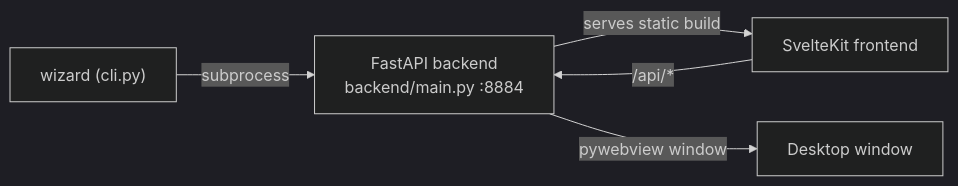
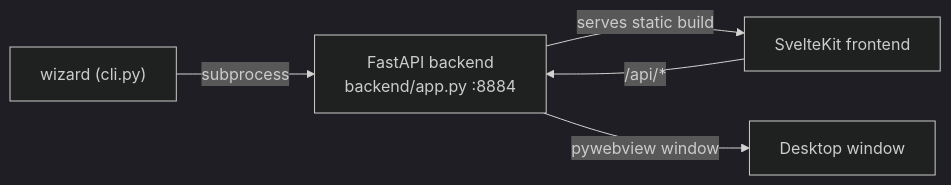
One commit to sansseriff/lab-wizard changed the diagram in docs/wizard/index.md. Above: the diagram before and after it, drawn with Mermaid (dark theme). The commit also changed other lines of this file and 20 other files, not shown here.

````diff
--- a/docs/wizard/index.md
+++ b/docs/wizard/index.md
@@ -14,7 +14,7 @@
 ```mermaid
 graph LR
-    CLI["wizard (cli.py)"] -->|subprocess| BE["FastAPI backend<br/>backend/main.py :8884"]
+    CLI["wizard (cli.py)"] -->|subprocess| BE["FastAPI backend<br/>backend/app.py :8884"]
     BE -->|serves static build| FE["SvelteKit frontend"]
     BE -->|pywebview window| WIN["Desktop window"]
     FE -->|/api/*| BE
 ```
````
